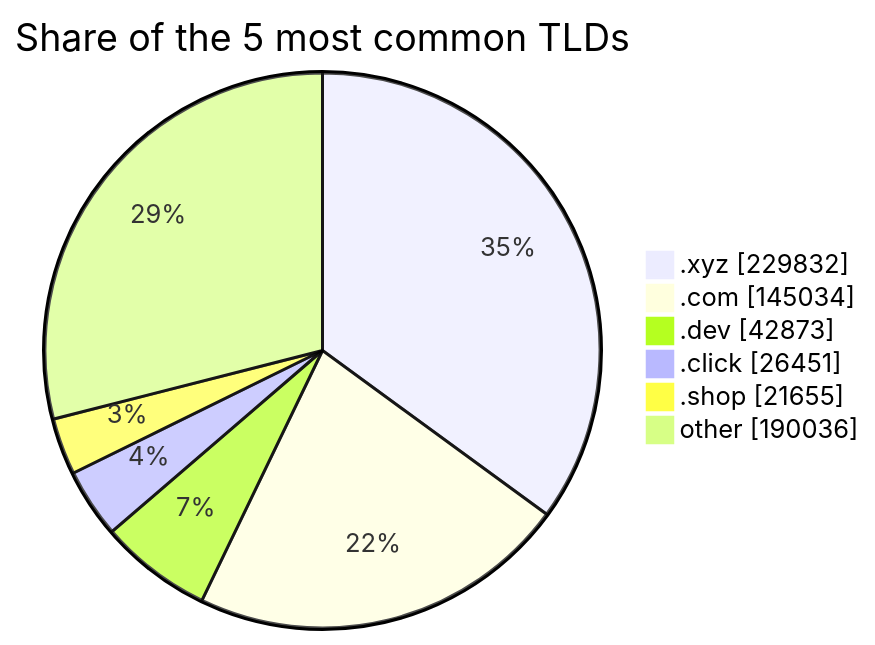
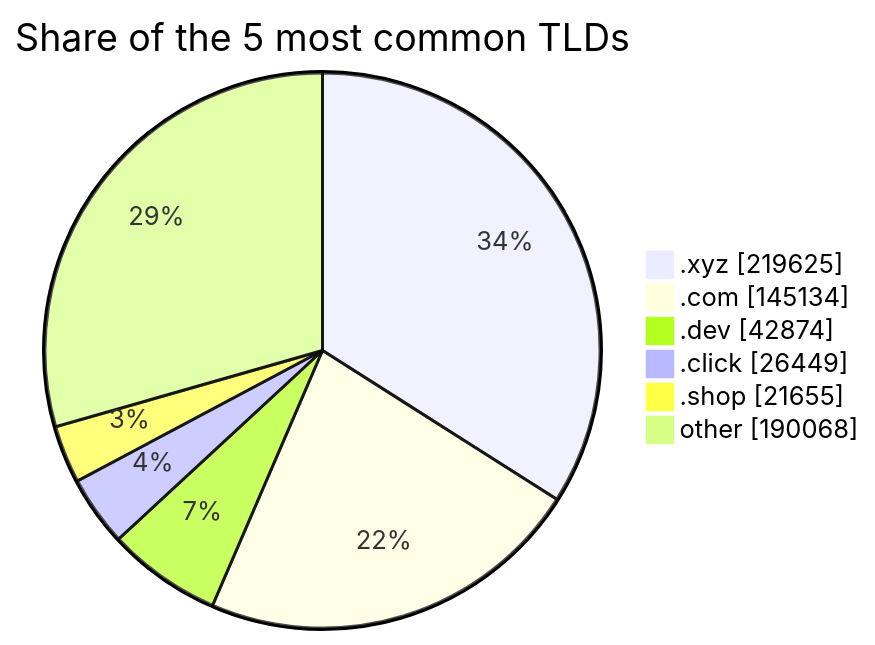
One commit to DNSBunker/CTI changed the third of 3 diagrams in README.md. Above: the diagram before and after it, drawn with Mermaid. The commit also changed other lines of this file and 3 other files, not shown here.

````diff
--- a/README.md
+++ b/README.md
@@ -81,9 +81,9 @@
 ```mermaid
 pie showData title Share of the 5 most common TLDs
-    ".xyz" : 229832
-    ".com" : 145034
-    ".dev" : 42873
-    ".click" : 26451
+    ".xyz" : 219625
+    ".com" : 145134
+    ".dev" : 42874
+    ".click" : 26449
     ".shop" : 21655
-    "other" : 190036
+    "other" : 190068
 ```
````
